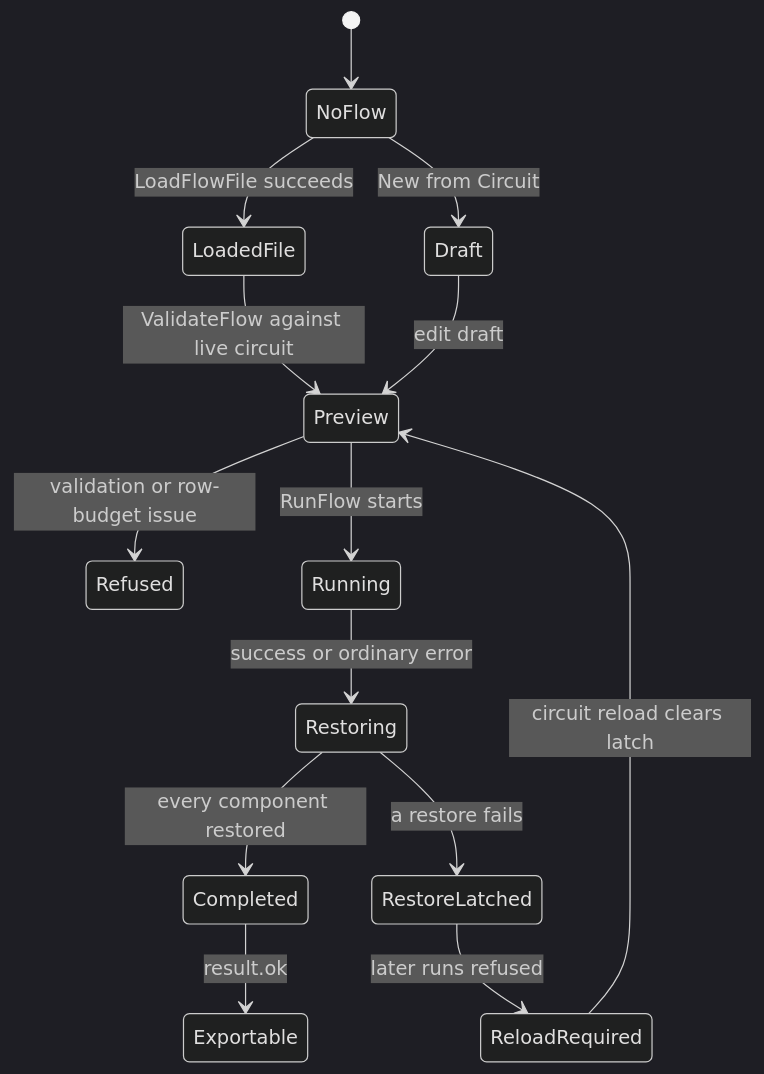
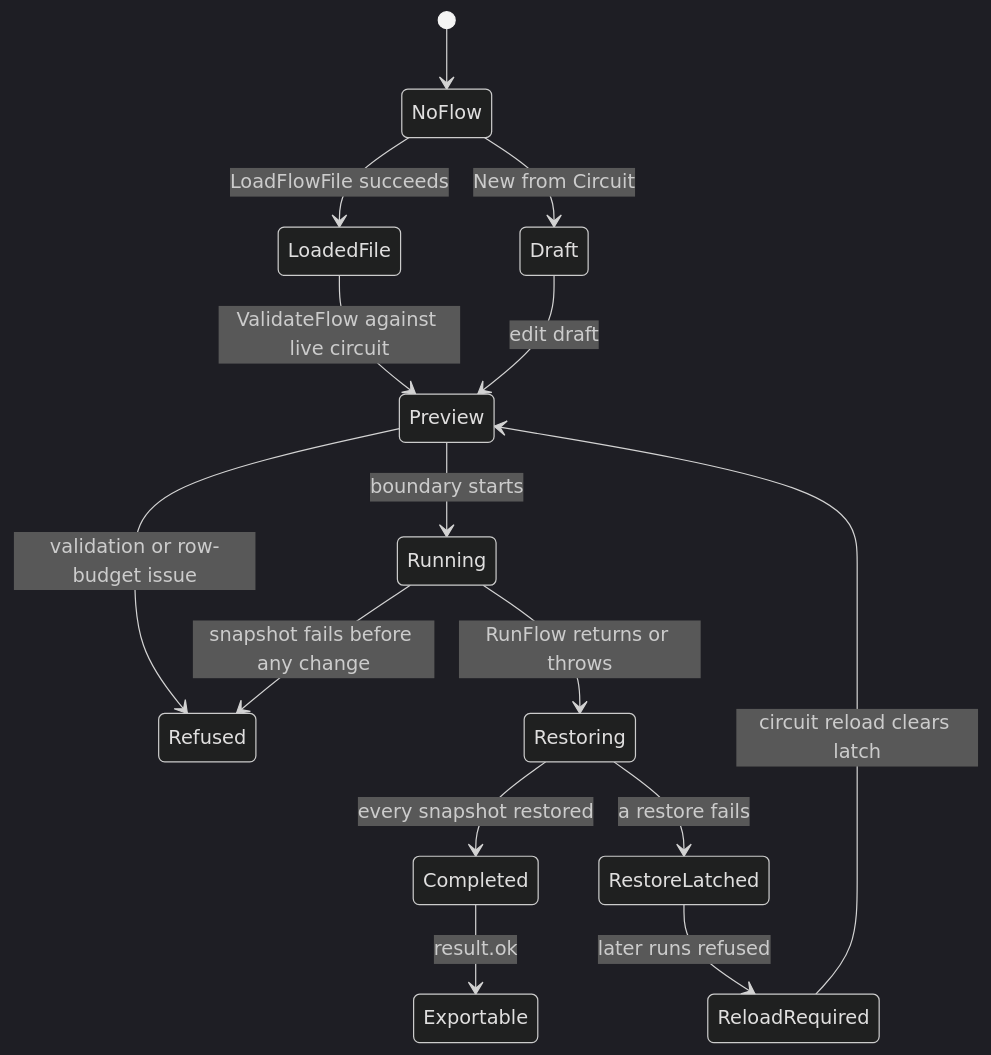
The second of 2 diagrams in openwiki/workflows/test-flow.md (striderZA/Tiny-RF-Simulator), drawn with Mermaid (dark theme) before and after one commit. The commit also changed other lines of this file and 6 other files, not shown here.

````diff
--- a/openwiki/workflows/test-flow.md
+++ b/openwiki/workflows/test-flow.md
@@ -113,16 +140,17 @@
 ```mermaid
 stateDiagram-v2
     [*] --> NoFlow
     NoFlow --> LoadedFile: LoadFlowFile succeeds
     NoFlow --> Draft: New from Circuit
     LoadedFile --> Preview: ValidateFlow against live circuit
     Draft --> Preview: edit draft
     Preview --> Refused: validation or row-budget issue
-    Preview --> Running: RunFlow starts
-    Running --> Restoring: success or ordinary error
-    Restoring --> Completed: every component restored
+    Preview --> Running: boundary starts
+    Running --> Refused: snapshot fails before any change
+    Running --> Restoring: RunFlow returns or throws
+    Restoring --> Completed: every snapshot restored
     Restoring --> RestoreLatched: a restore fails
     RestoreLatched --> ReloadRequired: later runs refused
     ReloadRequired --> Preview: circuit reload clears latch
     Completed --> Exportable: result.ok
 ```
````
